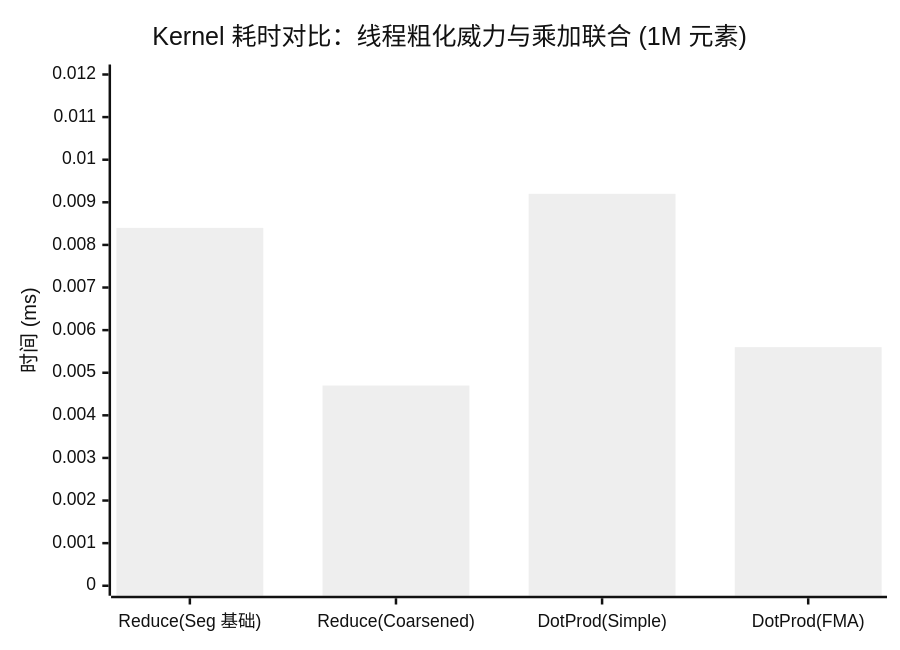
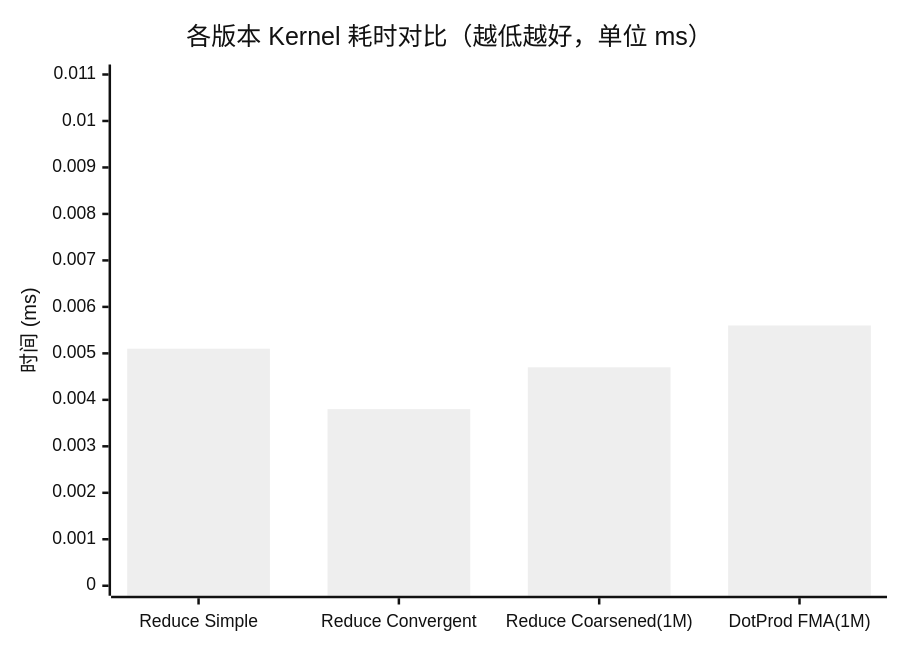
The second of 2 diagrams in 02_Reduction/README.md (psmarter/CUDA-Practice), drawn with Mermaid (neutral theme) before and after one commit. The commit also changed other lines of this file and 14 other files, not shown here.

`````diff
--- a/02_Reduction/README.md
+++ b/02_Reduction/README.md
@@ -171,7 +158,7 @@
-````mermaid
+```mermaid
 xychart-beta
-  title "Kernel 耗时对比：线程粗化威力与乘加联合 (1M 元素)"
-  x-axis ["Reduce(Seg 基础)", "Reduce(Coarsened)", "DotProd(Simple)", "DotProd(FMA)"]
-  y-axis "时间 (ms)" 0 --> 0.012
-  bar [0.0084, 0.0047, 0.0092, 0.0056]
-````
+  title "各版本 Kernel 耗时对比（越低越好，单位 ms）"
+  x-axis ["Reduce Simple", "Reduce Convergent", "Reduce Coarsened(1M)", "DotProd FMA(1M)"]
+  y-axis "时间 (ms)" 0 --> 0.011
+  bar [0.0051, 0.0038, 0.0047, 0.0056]
+```
`````
